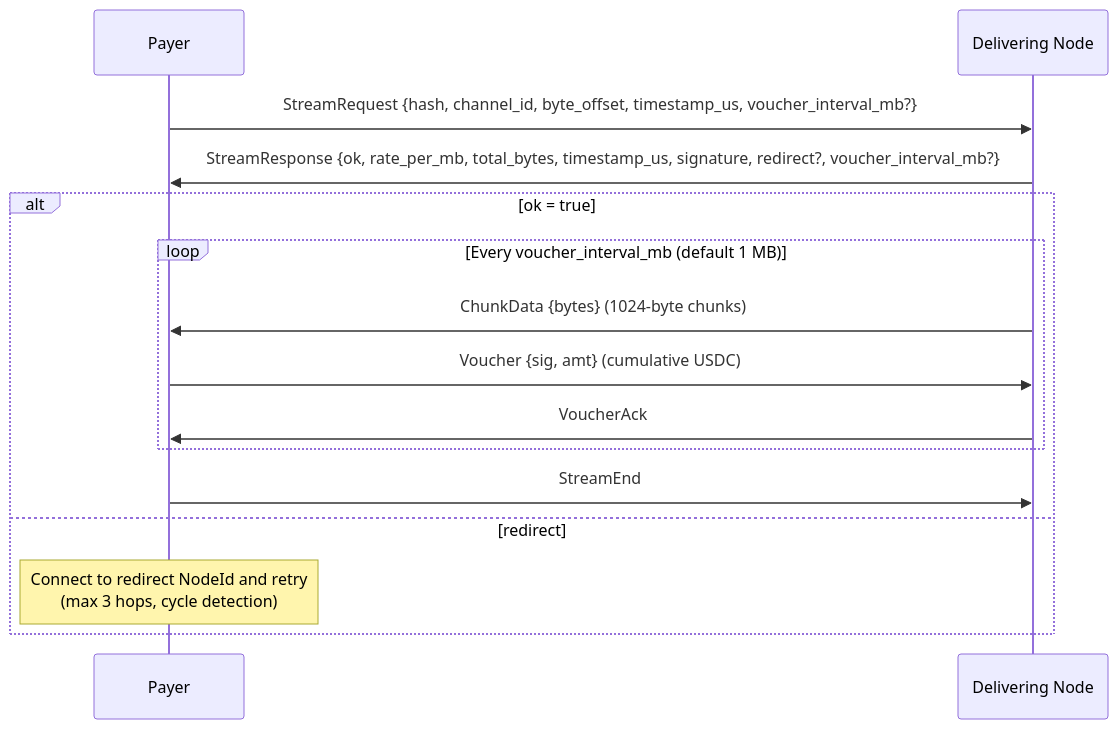
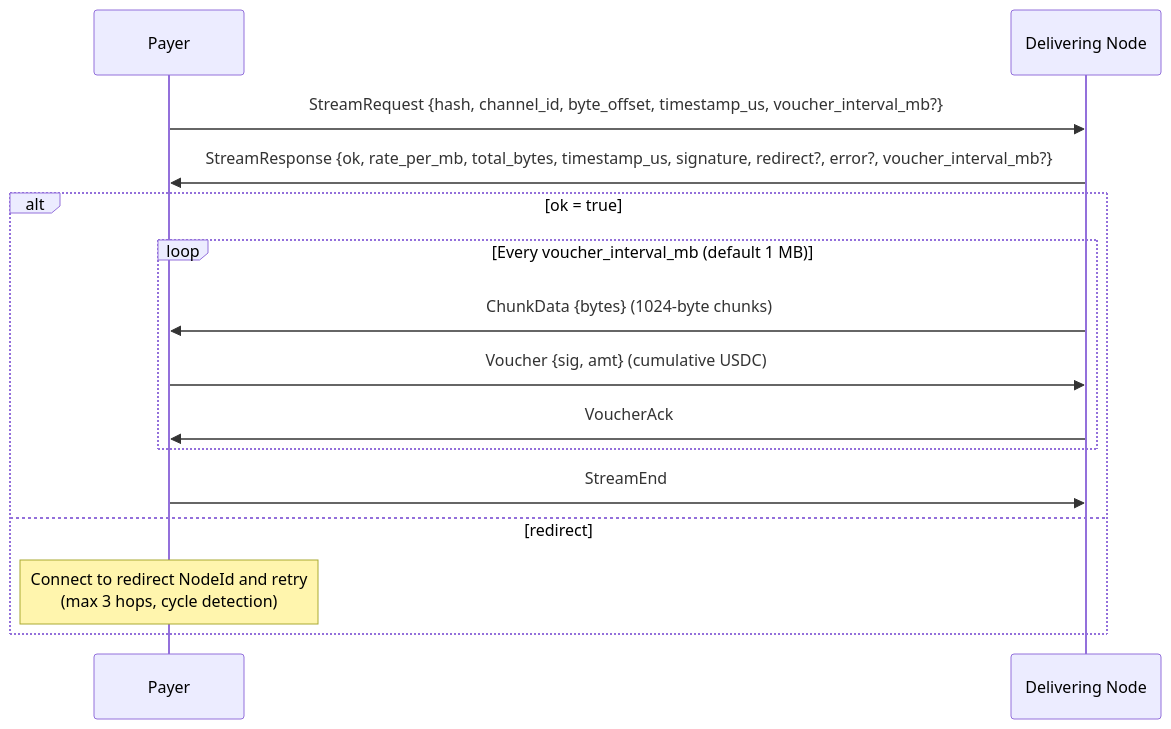
The second of 4 diagrams in adr/005-protocol.md (decdn/decdn), drawn with Mermaid before and after one commit. The commit also changed 3 other files, not shown here.

````diff
--- a/adr/005-protocol.md
+++ b/adr/005-protocol.md
@@ -51,19 +51,19 @@
 ```mermaid
 sequenceDiagram
     participant P as Payer
     participant D as Delivering Node
 
     P->>D: StreamRequest {hash, channel_id, byte_offset, timestamp_us, voucher_interval_mb?}
-    D->>P: StreamResponse {ok, rate_per_mb, total_bytes, timestamp_us, signature, redirect?, voucher_interval_mb?}
+    D->>P: StreamResponse {ok, rate_per_mb, total_bytes, timestamp_us, signature, redirect?, error?, voucher_interval_mb?}
 
     alt ok = true
         loop Every voucher_interval_mb (default 1 MB)
             D->>P: ChunkData {bytes} (1024-byte chunks)
             P->>D: Voucher {sig, amt} (cumulative USDC)
             D->>P: VoucherAck
         end
         P->>D: StreamEnd
     else redirect
         Note over P: Connect to redirect NodeId and retry<br/>(max 3 hops, cycle detection)
     end
 ```
````
